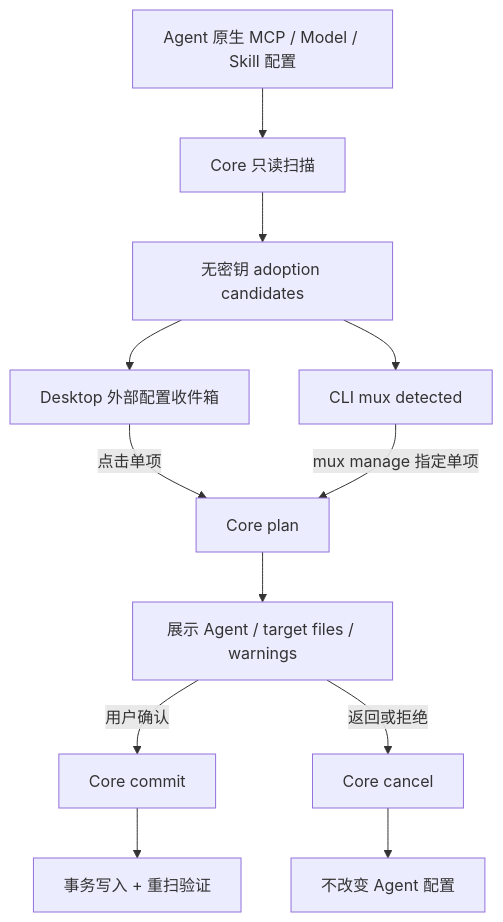
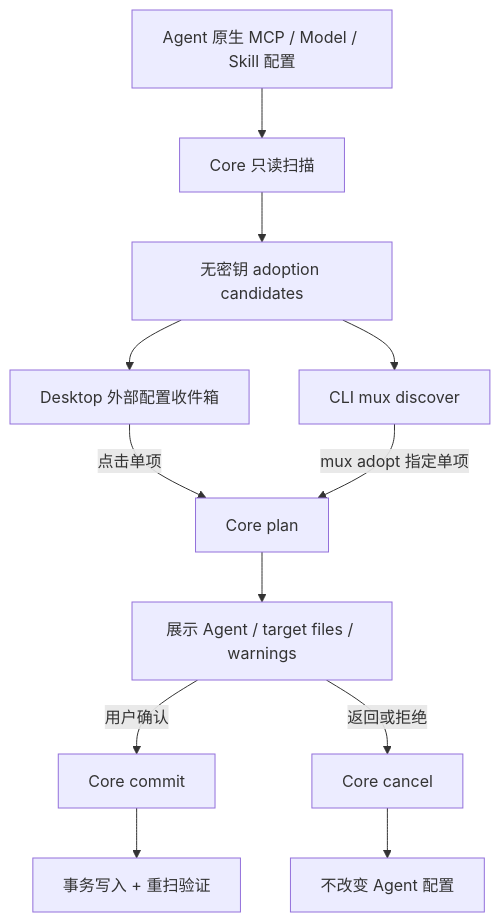
The diagram in analysis/07-app-cli-detection-management-alignment.md (Scoheart/mux), drawn with Mermaid before and after one commit. The commit also changed other lines of this file and 71 other files, not shown here.

````diff
--- a/analysis/07-app-cli-detection-management-alignment.md
+++ b/analysis/07-app-cli-detection-management-alignment.md
@@ -63,15 +63,15 @@
 ```mermaid
 flowchart TD
     A[Agent 原生 MCP / Model / Skill 配置] --> B[Core 只读扫描]
     B --> C[无密钥 adoption candidates]
     C --> D1[Desktop 外部配置收件箱]
-    C --> D2[CLI mux detected]
+    C --> D2[CLI mux discover]
 
     D1 -->|点击单项| E[Core plan]
-    D2 -->|mux manage 指定单项| E
+    D2 -->|mux adopt 指定单项| E
     E --> F[展示 Agent / target files / warnings]
     F -->|用户确认| G[Core commit]
     F -->|返回或拒绝| H[Core cancel]
     G --> I[事务写入 + 重扫验证]
     H --> J[不改变 Agent 配置]
 ```
````
